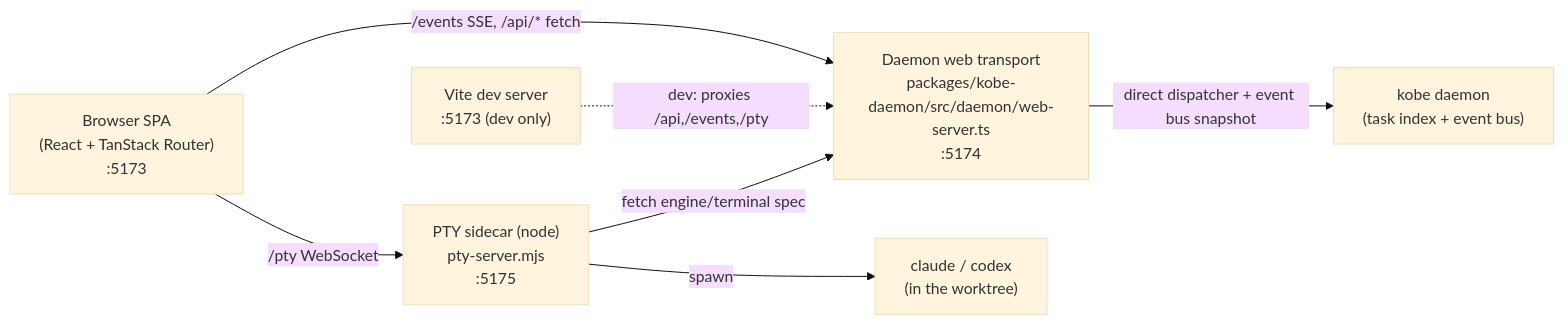
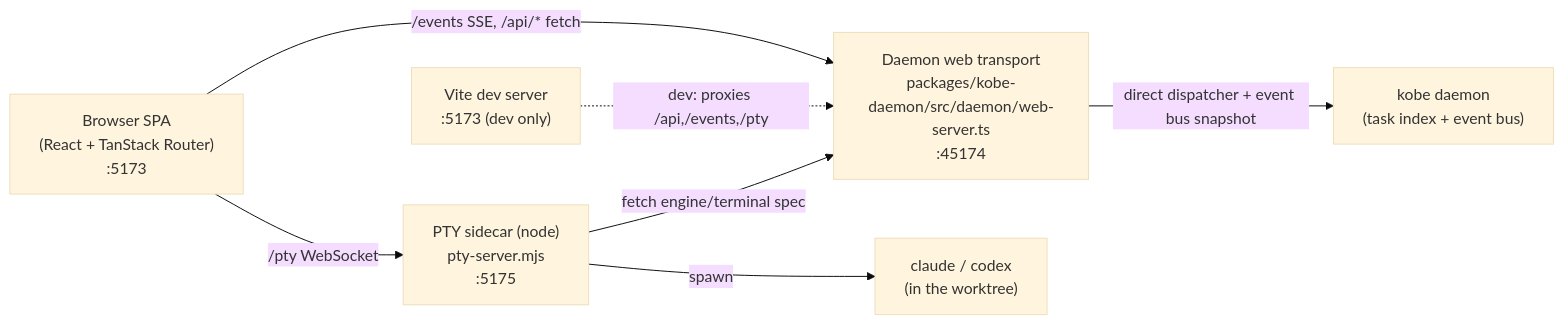
Before and after one commit to Sma1lboy/kobe: the diagram in docs/design/web-dashboard.md, drawn with Mermaid (base theme). The commit also changed 24 other files, not shown here.

First line of the commit message:
fix: stop daemon socket takeover, scope activity liveness to the session, move web port off 5174

````diff
--- a/docs/design/web-dashboard.md
+++ b/docs/design/web-dashboard.md
@@ -17,16 +17,16 @@
 ```mermaid
 flowchart LR
   Browser["Browser SPA<br/>(React + TanStack Router)<br/>:5173"]
   Vite["Vite dev server<br/>:5173 (dev only)"]
-  Web["Daemon web transport<br/>packages/kobe-daemon/src/daemon/web-server.ts<br/>:5174"]
+  Web["Daemon web transport<br/>packages/kobe-daemon/src/daemon/web-server.ts<br/>:45174"]
   PTY["PTY sidecar (node)<br/>pty-server.mjs<br/>:5175"]
   Daemon["kobe daemon<br/>(task index + event bus)"]
   Engine["claude / codex<br/>(in the worktree)"]
 
   Browser -->|"/events SSE, /api/* fetch"| Web
   Browser -->|"/pty WebSocket"| PTY
   Vite -.->|"dev: proxies /api,/events,/pty"| Web
   Web -->|"direct dispatcher + event bus snapshot"| Daemon
   PTY -->|"fetch engine/terminal spec"| Web
   PTY -->|"spawn"| Engine
 ```
````
